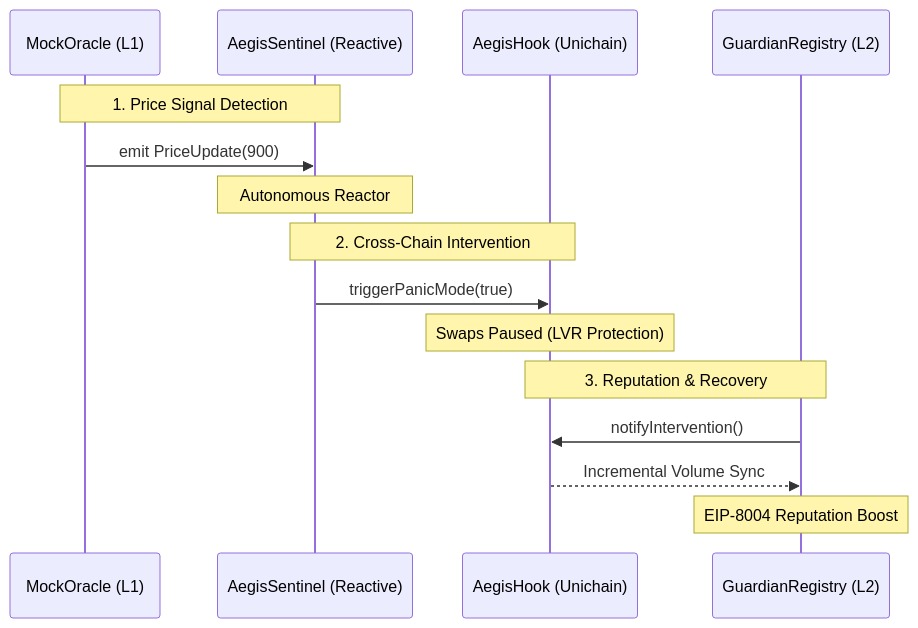
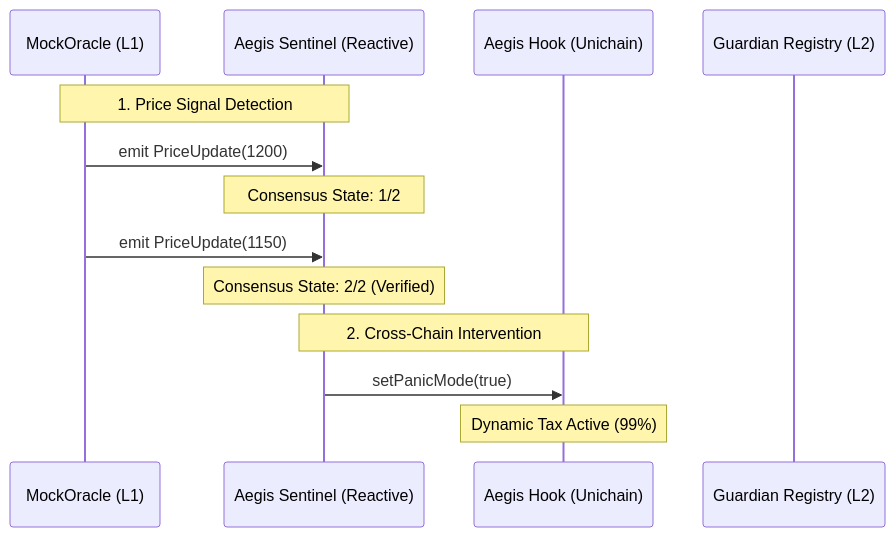
The diagram in contracts/README.md (HACK3R-CRYPTO2/Aegis), drawn with Mermaid before and after one commit. The commit also changed other lines of this file and 13 other files, not shown here.

Commit message:
feat: Aegis Prime - Autonomous 2-Step Defense & 99% Dynamic Tax overhaul

````diff
--- a/contracts/README.md
+++ b/contracts/README.md
@@ -18,20 +18,18 @@
 ```mermaid
 sequenceDiagram
     participant O as MockOracle (L1)
-    participant S as AegisSentinel (Reactive)
-    participant H as AegisHook (Unichain)
-    participant R as GuardianRegistry (L2)
+    participant S as Aegis Sentinel (Reactive)
+    participant H as Aegis Hook (Unichain)
+    participant G as Guardian Registry (L2)
 
     Note over O, S: 1. Price Signal Detection
-    O->>S: emit PriceUpdate(900)
-    Note over S: Autonomous Reactor
+    O->>S: emit PriceUpdate(1200)
+    Note over S: Consensus State: 1/2
+    
+    O->>S: emit PriceUpdate(1150)
+    Note over S: Consensus State: 2/2 (Verified)
 
     Note over S, H: 2. Cross-Chain Intervention
-    S->>H: triggerPanicMode(true)
-    Note over H: Swaps Paused (LVR Protection)
-
-    Note over H, R: 3. Reputation & Recovery
-    R->>H: notifyIntervention()
-    H-->>R: Incremental Volume Sync
-    Note over R: EIP-8004 Reputation Boost
+    S->>H: setPanicMode(true)
+    Note over H: Dynamic Tax Active (99%)
 ```
````
